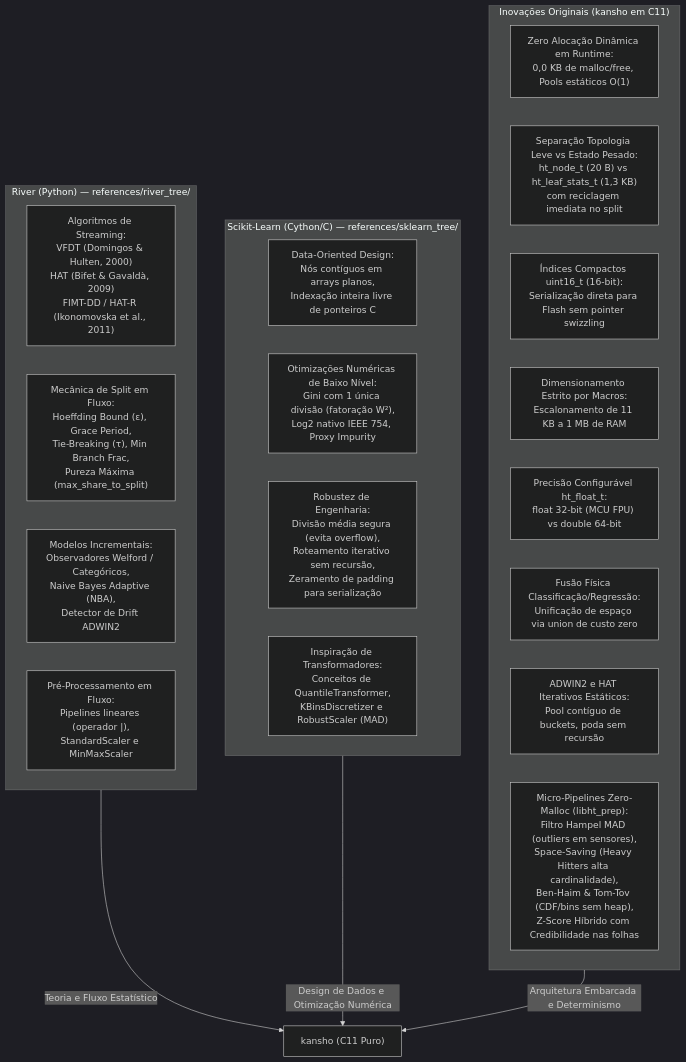
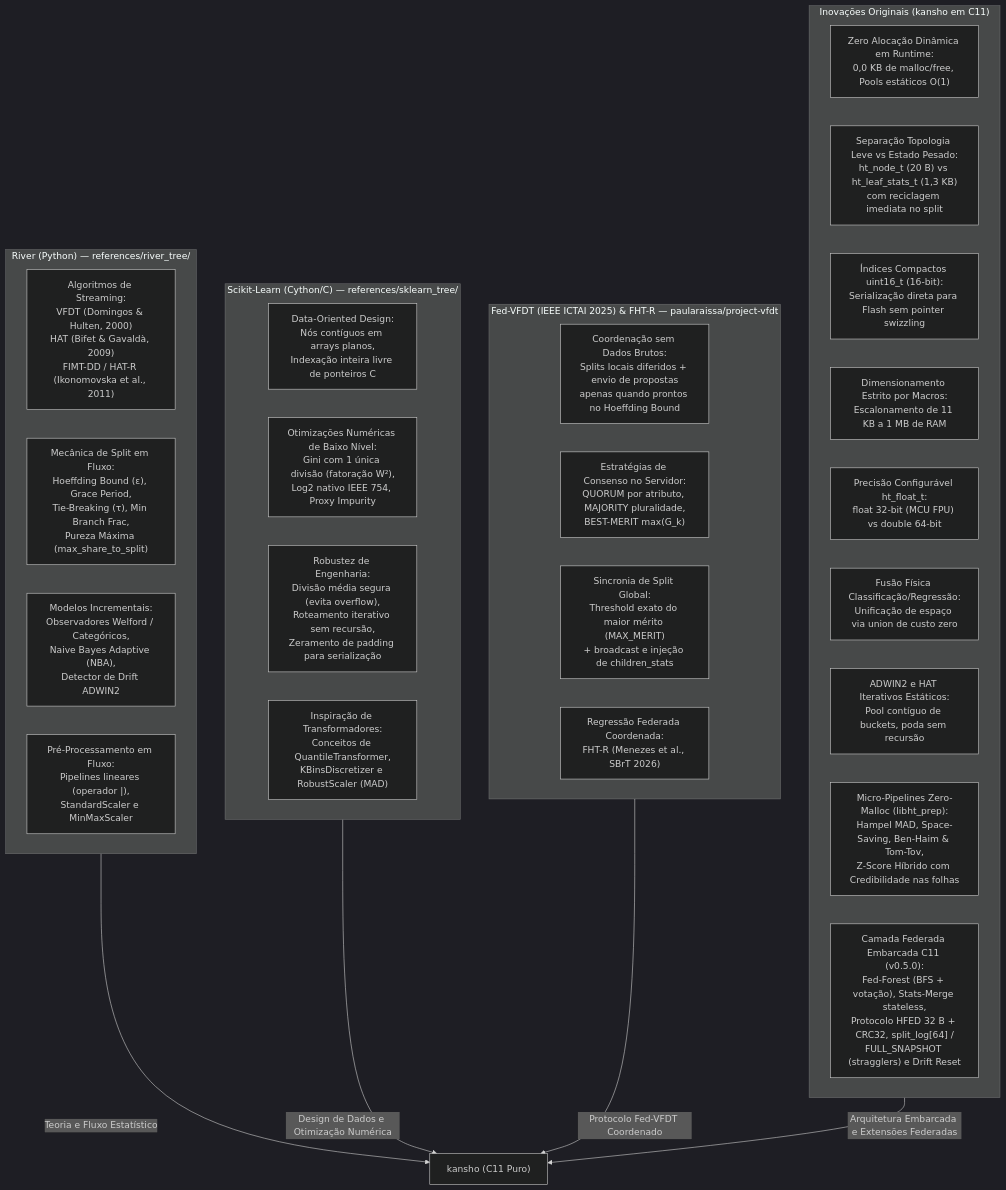
One commit to Julio-C-Oliveira/pessoal_minimal-decision-tree changed the first of 3 diagrams in wiki/Origem-River-Scikit-Learn-e-Originalidade.md. Above: the diagram before and after it, drawn with Mermaid (dark theme). The commit also changed other lines of this file and 1 other file, not shown here.

Commit message:
docs(wiki): add Fed-VFDT/FHT-R lineage, originality matrix and BibTeX credits

````diff
--- a/wiki/Origem-River-Scikit-Learn-e-Originalidade.md
+++ b/wiki/Origem-River-Scikit-Learn-e-Originalidade.md
@@ -9,31 +13,40 @@
 ```mermaid
 flowchart TD
     subgraph RIVER["River (Python) — references/river_tree/"]
         R1["Algoritmos de Streaming:<br/>VFDT (Domingos & Hulten, 2000)<br/>HAT (Bifet & Gavaldà, 2009)<br/>FIMT-DD / HAT-R (Ikonomovska et al., 2011)"]
         R2["Mecânica de Split em Fluxo:<br/>Hoeffding Bound (ε), Grace Period,<br/>Tie-Breaking (τ), Min Branch Frac,<br/>Pureza Máxima (max_share_to_split)"]
         R3["Modelos Incrementais:<br/>Observadores Welford / Categóricos,<br/>Naive Bayes Adaptive (NBA),<br/>Detector de Drift ADWIN2"]
         R4["Pré-Processamento em Fluxo:<br/>Pipelines lineares (operador |),<br/>StandardScaler e MinMaxScaler"]
     end
 
     subgraph SKLEARN["Scikit-Learn (Cython/C) — references/sklearn_tree/"]
         S1["Data-Oriented Design:<br/>Nós contíguos em arrays planos,<br/>Indexação inteira livre de ponteiros C"]
         S2["Otimizações Numéricas de Baixo Nível:<br/>Gini com 1 única divisão (fatoração W²),<br/>Log2 nativo IEEE 754, Proxy Impurity"]
         S3["Robustez de Engenharia:<br/>Divisão média segura (evita overflow),<br/>Roteamento iterativo sem recursão,<br/>Zeramento de padding para serialização"]
         S4["Inspiração de Transformadores:<br/>Conceitos de QuantileTransformer,<br/>KBinsDiscretizer e RobustScaler (MAD)"]
     end
 
+    subgraph FEDVFDT["Fed-VFDT (IEEE ICTAI 2025) & FHT-R — paularaissa/project-vfdt"]
+        F1["Coordenação sem Dados Brutos:<br/>Splits locais diferidos + envio de propostas<br/>apenas quando prontos no Hoeffding Bound"]
+        F2["Estratégias de Consenso no Servidor:<br/>QUORUM por atributo, MAJORITY pluralidade,<br/>BEST-MERIT max(G_k)"]
+        F3["Sincronia de Split Global:<br/>Threshold exato do maior mérito (MAX_MERIT)<br/>+ broadcast e injeção de children_stats"]
+        F4["Regressão Federada Coordenada:<br/>FHT-R (Menezes et al., SBrT 2026)"]
+    end
+
     subgraph ORIGINAL["Inovações Originais (kansho em C11)"]
         O1["Zero Alocação Dinâmica em Runtime:<br/>0,0 KB de malloc/free, Pools estáticos O(1)"]
         O2["Separação Topologia Leve vs Estado Pesado:<br/>ht_node_t (20 B) vs ht_leaf_stats_t (1,3 KB)<br/>com reciclagem imediata no split"]
         O3["Índices Compactos uint16_t (16-bit):<br/>Serialização direta para Flash sem pointer swizzling"]
         O4["Dimensionamento Estrito por Macros:<br/>Escalonamento de 11 KB a 1 MB de RAM"]
         O5["Precisão Configurável ht_float_t:<br/>float 32-bit (MCU FPU) vs double 64-bit"]
         O6["Fusão Física Classificação/Regressão:<br/>Unificação de espaço via union de custo zero"]
         O7["ADWIN2 e HAT Iterativos Estáticos:<br/>Pool contíguo de buckets, poda sem recursão"]
-        O8["Micro-Pipelines Zero-Malloc (libht_prep):<br/>Filtro Hampel MAD (outliers em sensores),<br/>Space-Saving (Heavy Hitters alta cardinalidade),<br/>Ben-Haim & Tom-Tov (CDF/bins sem heap),<br/>Z-Score Híbrido com Credibilidade nas folhas"]
+        O8["Micro-Pipelines Zero-Malloc (libht_prep):<br/>Hampel MAD, Space-Saving, Ben-Haim & Tom-Tov,<br/>Z-Score Híbrido com Credibilidade nas folhas"]
+        O9["Camada Federada Embarcada C11 (v0.5.0):<br/>Fed-Forest (BFS + votação), Stats-Merge stateless,<br/>Protocolo HFED 32 B + CRC32, split_log[64] /<br/>FULL_SNAPSHOT (stragglers) e Drift Reset"]
     end
 
     RIVER --> |"Teoria e Fluxo Estatístico"| MDT["kansho (C11 Puro)"]
     SKLEARN --> |"Design de Dados e Otimização Numérica"| MDT
-    ORIGINAL --> |"Arquitetura Embarcada e Determinismo"| MDT
+    FEDVFDT --> |"Protocolo Fed-VFDT Coordenado"| MDT
+    ORIGINAL --> |"Arquitetura Embarcada e Extensões Federadas"| MDT
 ```
````
